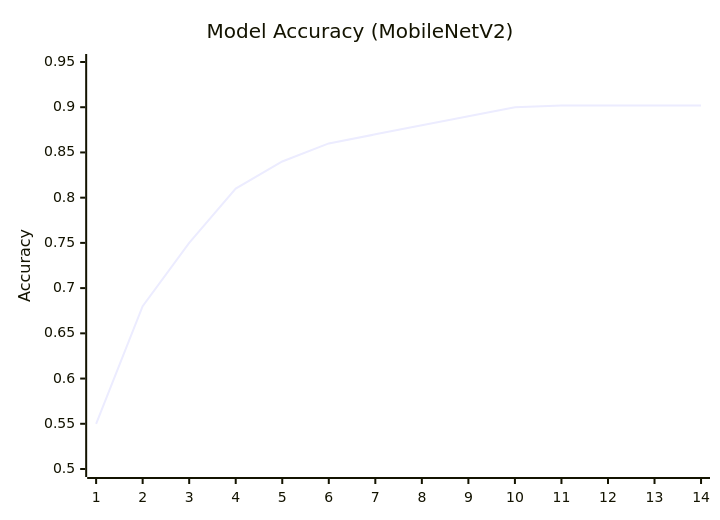
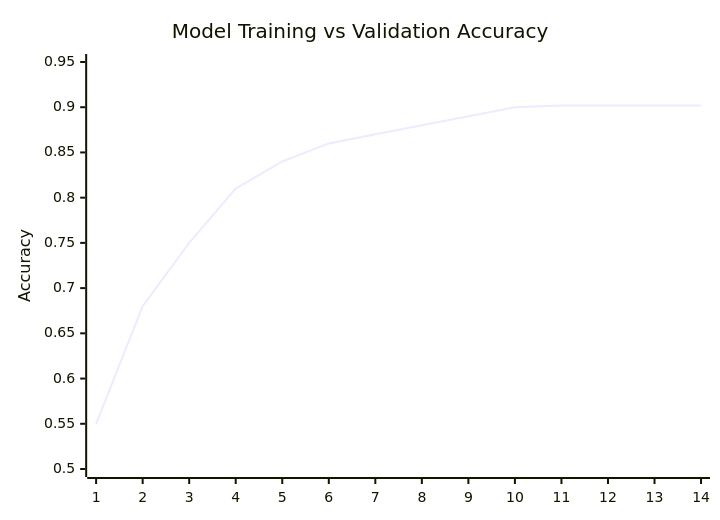
The second of 3 diagrams in README.md (DevOpsLogistics/FoodVision-Ai), drawn with Mermaid before and after one commit. The commit also changed other lines of this file, not shown here.

Commit message:
Docs: Update README with extremely detailed features and CNN architecture explanations

````diff
--- a/README.md
+++ b/README.md
@@ -77,7 +104,7 @@
 ```mermaid
 xychart-beta
-    title "Model Accuracy (MobileNetV2)"
+    title "Model Training vs Validation Accuracy"
     x-axis [1, 2, 3, 4, 5, 6, 7, 8, 9, 10, 11, 12, 13, 14]
     y-axis "Accuracy" 0.50 --> 0.95
     line [0.55, 0.68, 0.75, 0.81, 0.84, 0.86, 0.87, 0.88, 0.89, 0.90, 0.902, 0.902, 0.902, 0.902]
 ```
````
